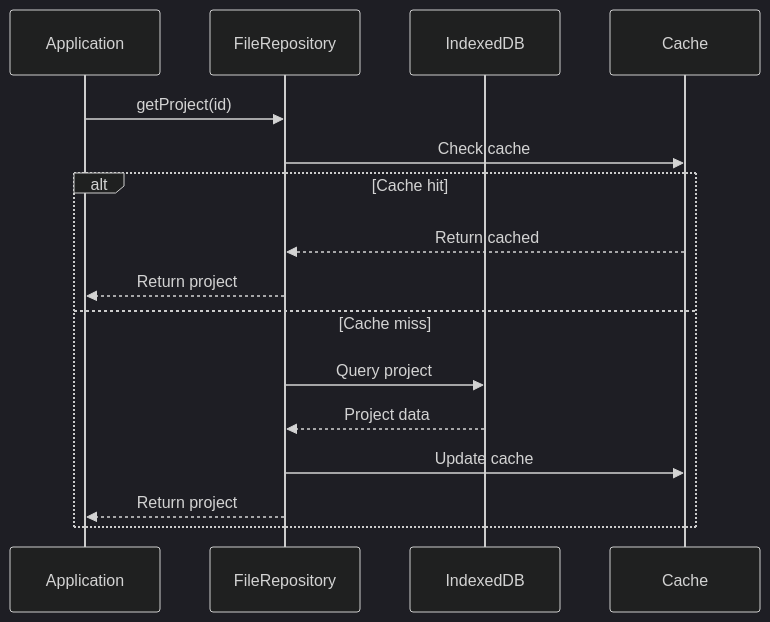
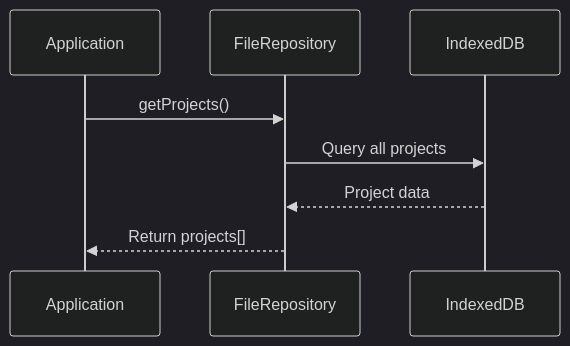
One commit to Stasshe/Pyxis-CodeCanvas changed the fifth of 30 diagrams in docs/CORE-ENGINE.md. Above: the diagram before and after it, drawn with Mermaid (dark theme). The commit also changed other lines of this file and 3 other files, not shown here.

````diff
--- a/docs/CORE-ENGINE.md
+++ b/docs/CORE-ENGINE.md
@@ -169,19 +167,11 @@
 ```mermaid
 sequenceDiagram
     participant APP as Application
     participant REPO as FileRepository
     participant IDB as IndexedDB
-    participant CACHE as Cache
 
-    APP->>REPO: getProject(id)
-    REPO->>CACHE: Check cache
-    alt Cache hit
-        CACHE-->>REPO: Return cached
-        REPO-->>APP: Return project
-    else Cache miss
-        REPO->>IDB: Query project
-        IDB-->>REPO: Project data
-        REPO->>CACHE: Update cache
-        REPO-->>APP: Return project
-    end
+    APP->>REPO: getProjects()
+    REPO->>IDB: Query all projects
+    IDB-->>REPO: Project data
+    REPO-->>APP: Return projects[]
 ```
````
